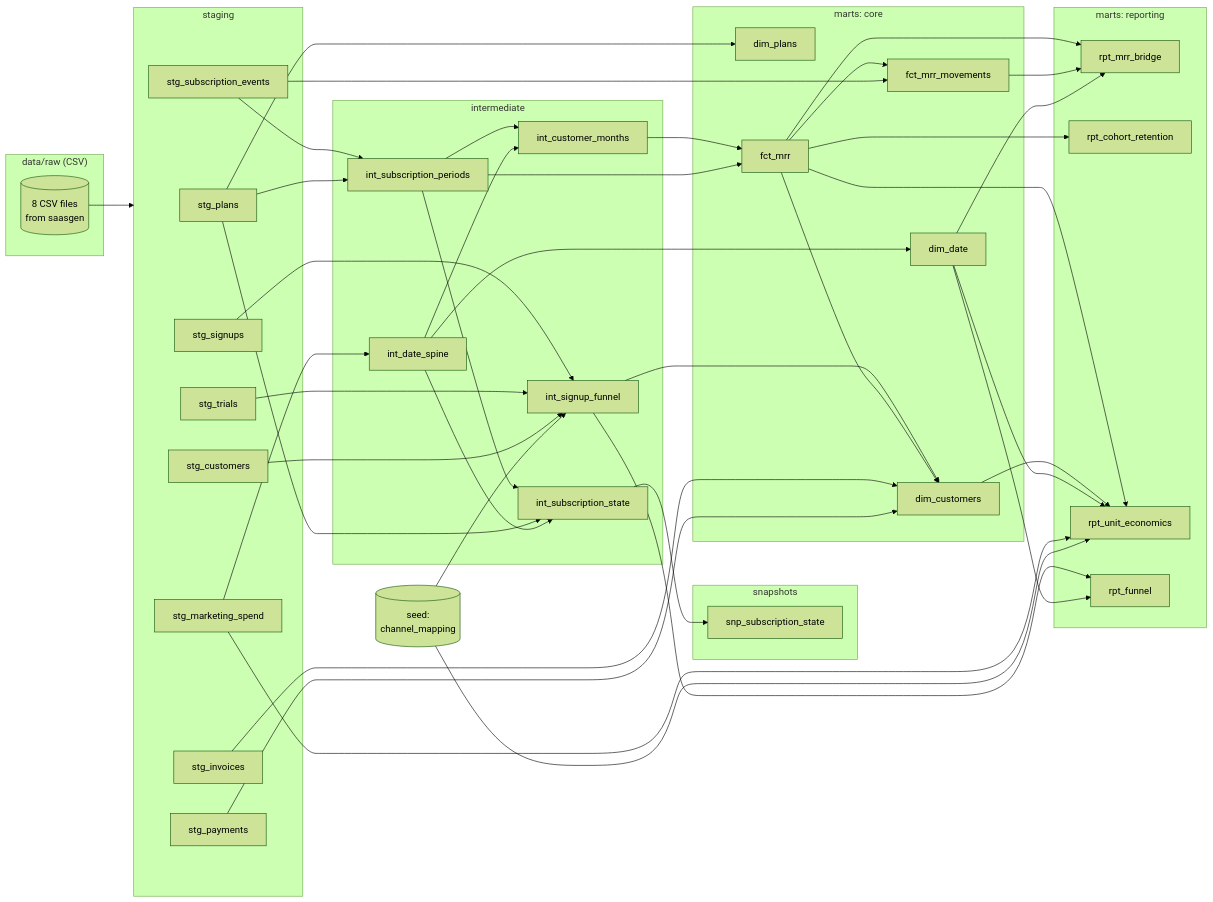
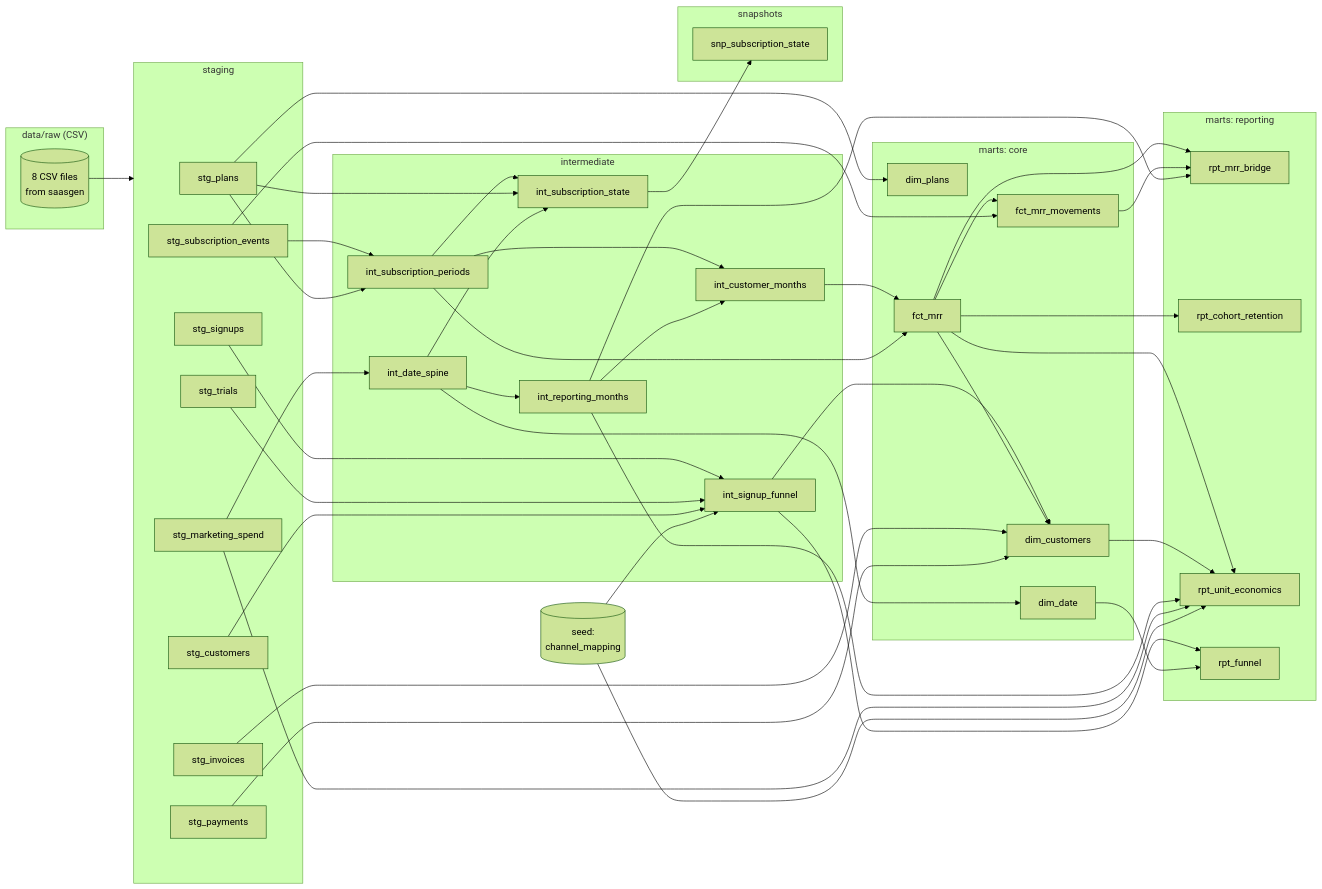
Before and after one commit to ult666666/saas-analytics-warehouse: the diagram in docs/DESIGN.md, drawn with Mermaid (forest theme). The commit also changed other lines of this file and 19 other files, not shown here.

First line of the commit message:
Publish complete reporting months and handle empty cohorts (#8)

````diff
--- a/docs/DESIGN.md
+++ b/docs/DESIGN.md
@@ -32,56 +32,58 @@
 ```mermaid
 flowchart LR
     subgraph raw["data/raw (CSV)"]
         raw_files[("8 CSV files<br/>from saasgen")]
     end
     subgraph staging["staging"]
         stg_plans
         stg_marketing_spend
         stg_signups
         stg_trials
         stg_customers
         stg_subscription_events
         stg_invoices
         stg_payments
     end
     seed[("seed:<br/>channel_mapping")]
     subgraph intermediate["intermediate"]
         int_date_spine
+        int_reporting_months
         int_signup_funnel
         int_subscription_periods
         int_customer_months
         int_subscription_state
     end
     subgraph snapshots["snapshots"]
         snp_subscription_state
     end
     subgraph core["marts: core"]
         dim_date
         dim_plans
         dim_customers
         fct_mrr
         fct_mrr_movements
     end
     subgraph reporting["marts: reporting"]
         rpt_mrr_bridge
         rpt_cohort_retention
         rpt_unit_economics
         rpt_funnel
     end
     raw_files --> staging
     stg_marketing_spend --> int_date_spine
     stg_signups & stg_trials & stg_customers & seed --> int_signup_funnel
     stg_subscription_events & stg_plans --> int_subscription_periods
-    int_subscription_periods & int_date_spine --> int_customer_months
+    int_date_spine --> int_reporting_months
+    int_subscription_periods & int_reporting_months --> int_customer_months
     int_subscription_periods & stg_plans & int_date_spine --> int_subscription_state
     int_subscription_state --> snp_subscription_state
     int_date_spine --> dim_date
     stg_plans --> dim_plans
     int_customer_months & int_subscription_periods --> fct_mrr
     fct_mrr & stg_subscription_events --> fct_mrr_movements
     int_signup_funnel & fct_mrr & stg_invoices & stg_payments --> dim_customers
-    fct_mrr & fct_mrr_movements & dim_date --> rpt_mrr_bridge
+    fct_mrr & fct_mrr_movements & int_reporting_months --> rpt_mrr_bridge
     fct_mrr --> rpt_cohort_retention
-    fct_mrr & dim_customers & dim_date & stg_marketing_spend & seed --> rpt_unit_economics
+    fct_mrr & dim_customers & int_reporting_months & stg_marketing_spend & seed --> rpt_unit_economics
     int_signup_funnel & dim_date --> rpt_funnel
 ```
````
